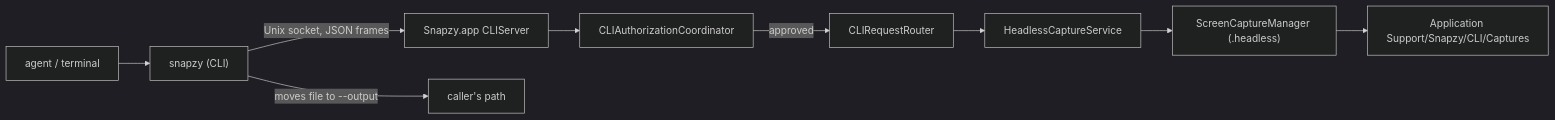
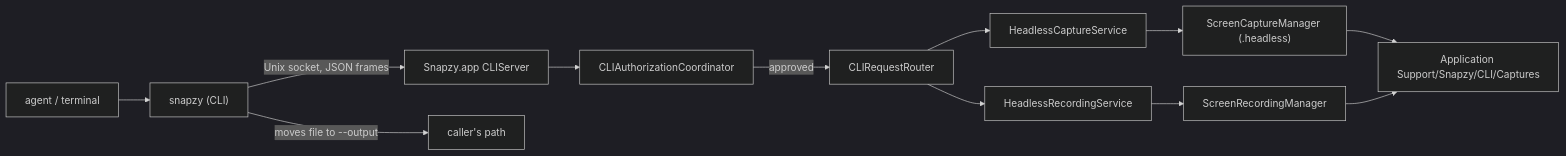
The diagram in docs/CLI.md (duongductrong/Snapzy), drawn with Mermaid (dark theme) before and after one commit. The commit also changed other lines of this file and 26 other files, not shown here.

First line of the commit message:
feat: add snapzy record command for CLI screen recording

````diff
--- a/docs/CLI.md
+++ b/docs/CLI.md
@@ -9,11 +9,14 @@
 ```mermaid
 flowchart LR
     A["agent / terminal"] --> B["snapzy (CLI)"]
     B -->|"Unix socket, JSON frames"| C["Snapzy.app CLIServer"]
     C --> D["CLIAuthorizationCoordinator"]
     D -->|"approved"| E["CLIRequestRouter"]
     E --> F["HeadlessCaptureService"]
     F --> G["ScreenCaptureManager (.headless)"]
     G --> H["Application Support/Snapzy/CLI/Captures"]
+    E --> R["HeadlessRecordingService"]
+    R --> S["ScreenRecordingManager"]
+    S --> H
     B -->|"moves file to --output"| I["caller's path"]
 ```
````
